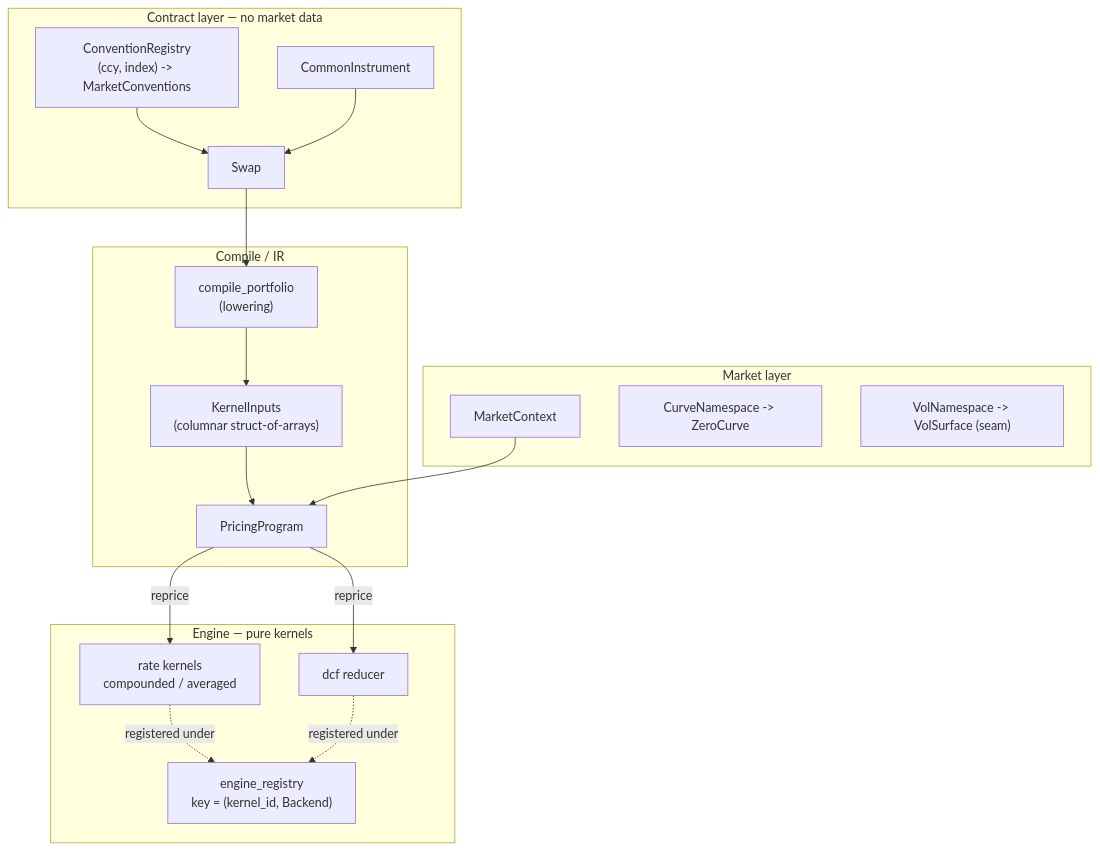
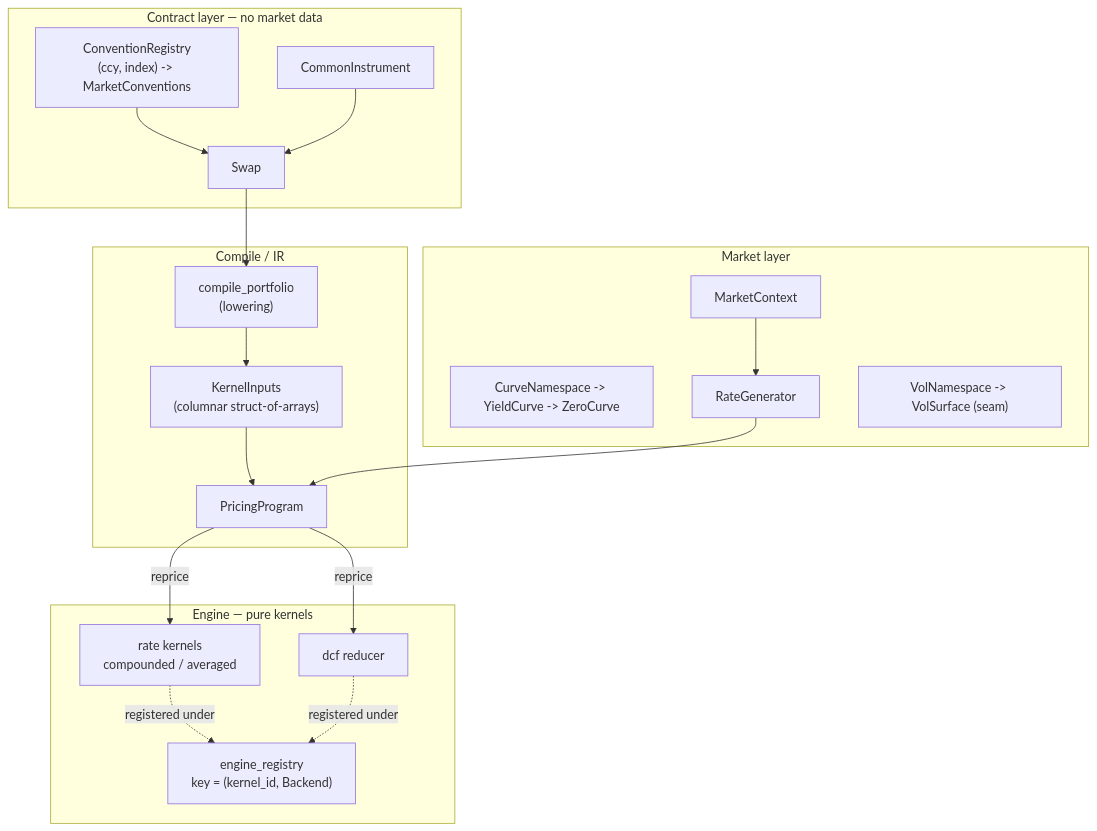
The second of 4 diagrams in docs/pricing_architecture.md (rudetastic13/quant-toolkit), drawn with Mermaid before and after one commit. The commit also changed other lines of this file and 55 other files, not shown here.

````diff
--- a/docs/pricing_architecture.md
+++ b/docs/pricing_architecture.md
@@ -84,32 +84,33 @@
 ```mermaid
 flowchart TB
     subgraph CONTRACT["Contract layer — no market data"]
         CONV["ConventionRegistry<br/>(ccy, index) -> MarketConventions"]
         CI["CommonInstrument"]
         RS2["Swap"]
     end
     subgraph MARKET["Market layer"]
         MC["MarketContext"]
-        CN["CurveNamespace -> ZeroCurve"]
+        CN["CurveNamespace -> YieldCurve -> ZeroCurve"]
+        RG["RateGenerator"]
         VN["VolNamespace -> VolSurface (seam)"]
     end
     subgraph COMPILE["Compile / IR"]
         CMP["compile_portfolio<br/>(lowering)"]
         KI["KernelInputs<br/>(columnar struct-of-arrays)"]
         PP2["PricingProgram"]
     end
     subgraph ENGINE["Engine — pure kernels"]
         REG["engine_registry<br/>key = (kernel_id, Backend)"]
         RK["rate kernels<br/>compounded / averaged"]
         DCF["dcf reducer"]
     end
 
     CONV --> RS2
     CI --> RS2
     RS2 --> CMP --> KI --> PP2
-    MC --> PP2
+    MC --> RG --> PP2
     PP2 -- "reprice" --> RK
     PP2 -- "reprice" --> DCF
     RK -. "registered under" .-> REG
     DCF -. "registered under" .-> REG
 ```
````
